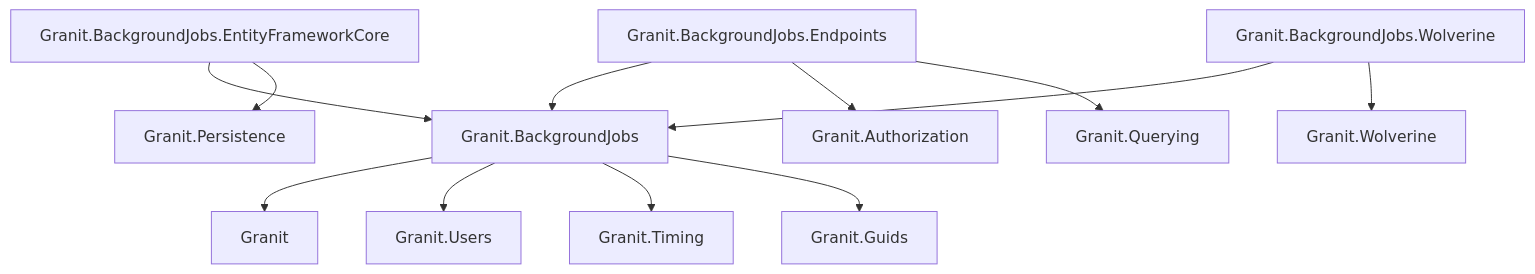
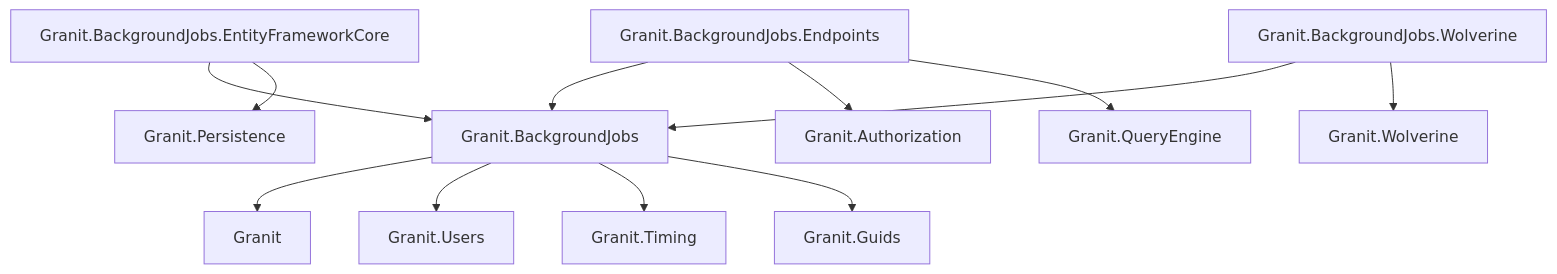
Before and after one commit to granit-fx/granit-dotnet: the first of 3 diagrams in docs-site/src/content/docs/dotnet/infrastructure/background-jobs.mdx, drawn with Mermaid. The commit also changed other lines of this file and 656 other files, not shown here.

First line of the commit message:
refactor: rename Granit.Querying to Granit.QueryEngine

````diff
--- a/docs-site/src/content/docs/dotnet/infrastructure/background-jobs.mdx
+++ b/docs-site/src/content/docs/dotnet/infrastructure/background-jobs.mdx
@@ -36,14 +36,14 @@
 ```mermaid
 graph TD
     BJ[Granit.BackgroundJobs] --> C[Granit]
     BJ --> S[Granit.Users]
     BJ --> T[Granit.Timing]
     BJ --> G[Granit.Guids]
     EF[Granit.BackgroundJobs.EntityFrameworkCore] --> BJ
     EF --> P[Granit.Persistence]
     EP[Granit.BackgroundJobs.Endpoints] --> BJ
     EP --> A[Granit.Authorization]
-    EP --> Q[Granit.Querying]
+    EP --> Q[Granit.QueryEngine]
     W[Granit.BackgroundJobs.Wolverine] --> BJ
     W --> WM[Granit.Wolverine]
 ```
````
